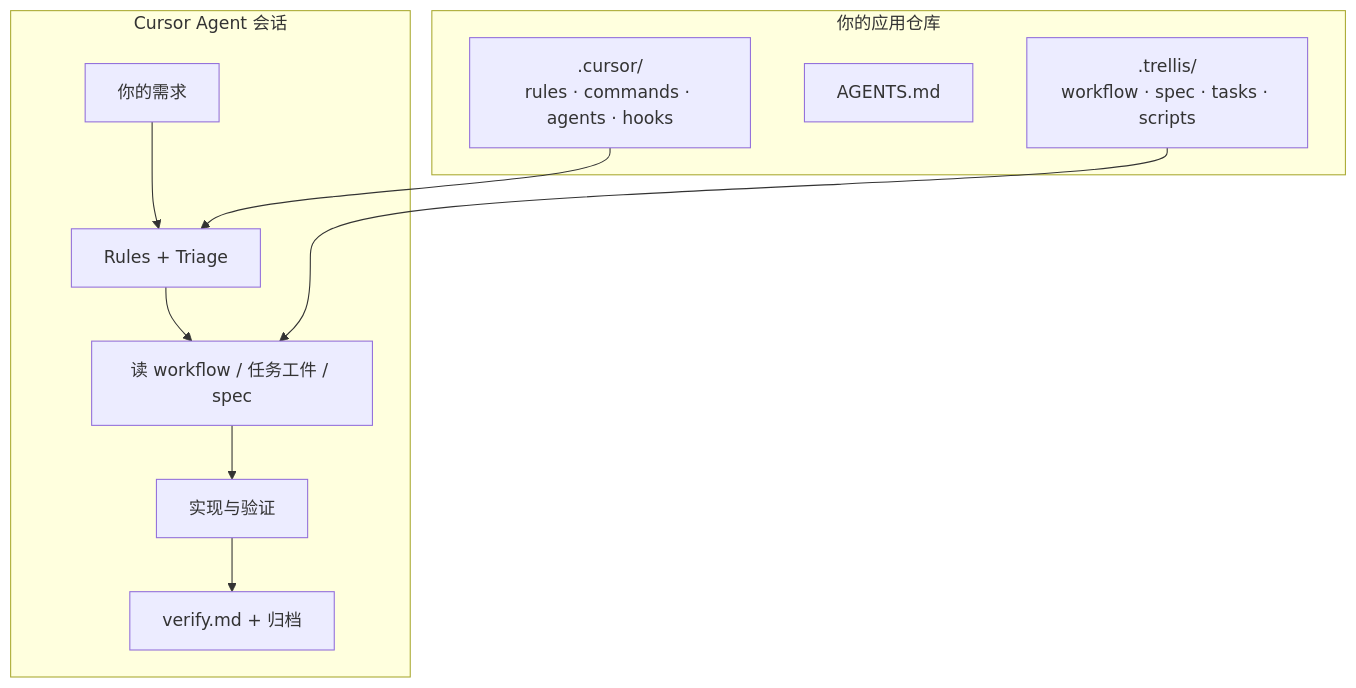
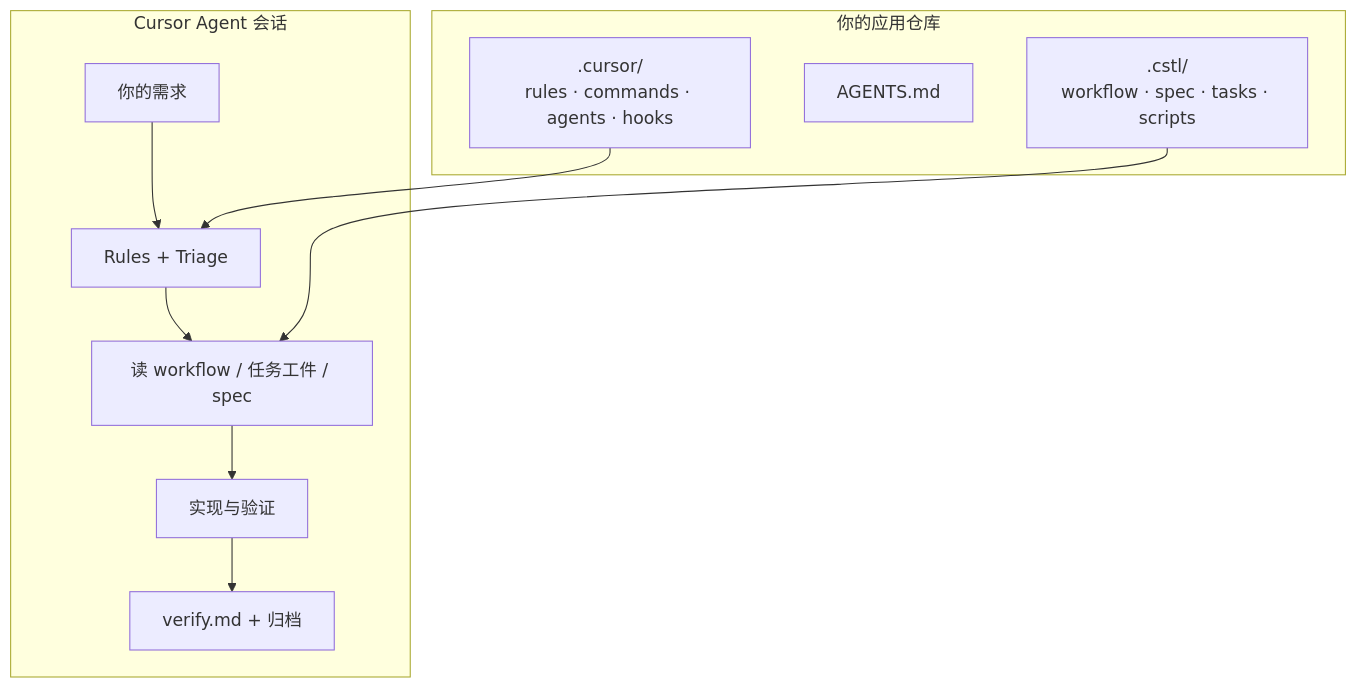
The first of 5 diagrams in docs/community/linux-do-release.md (blxzer77/cursor-trellis), drawn with Mermaid before and after one commit. The commit also changed other lines of this file and 32 other files, not shown here.

````diff
--- a/docs/community/linux-do-release.md
+++ b/docs/community/linux-do-release.md
@@ -21,16 +21,16 @@
 ```mermaid
 flowchart TB
   subgraph repo[你的应用仓库]
-    T[".trellis/<br/>workflow · spec · tasks · scripts"]
+    T[".cstl/<br/>workflow · spec · tasks · scripts"]
     A[AGENTS.md]
     C[".cursor/<br/>rules · commands · agents · hooks"]
   end
   subgraph cursor[Cursor Agent 会话]
     U[你的需求] --> R[Rules + Triage]
     R --> W[读 workflow / 任务工件 / spec]
     W --> X[实现与验证]
     X --> V[verify.md + 归档]
   end
   T --> W
   C --> R
 ```
````
